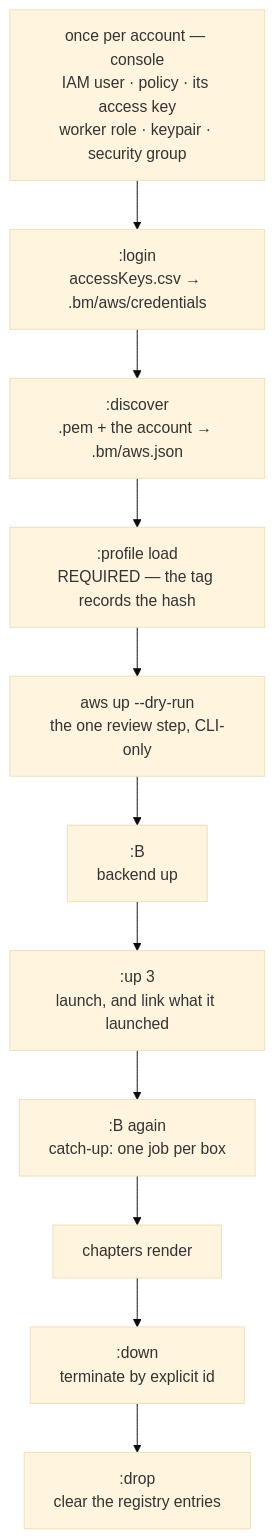
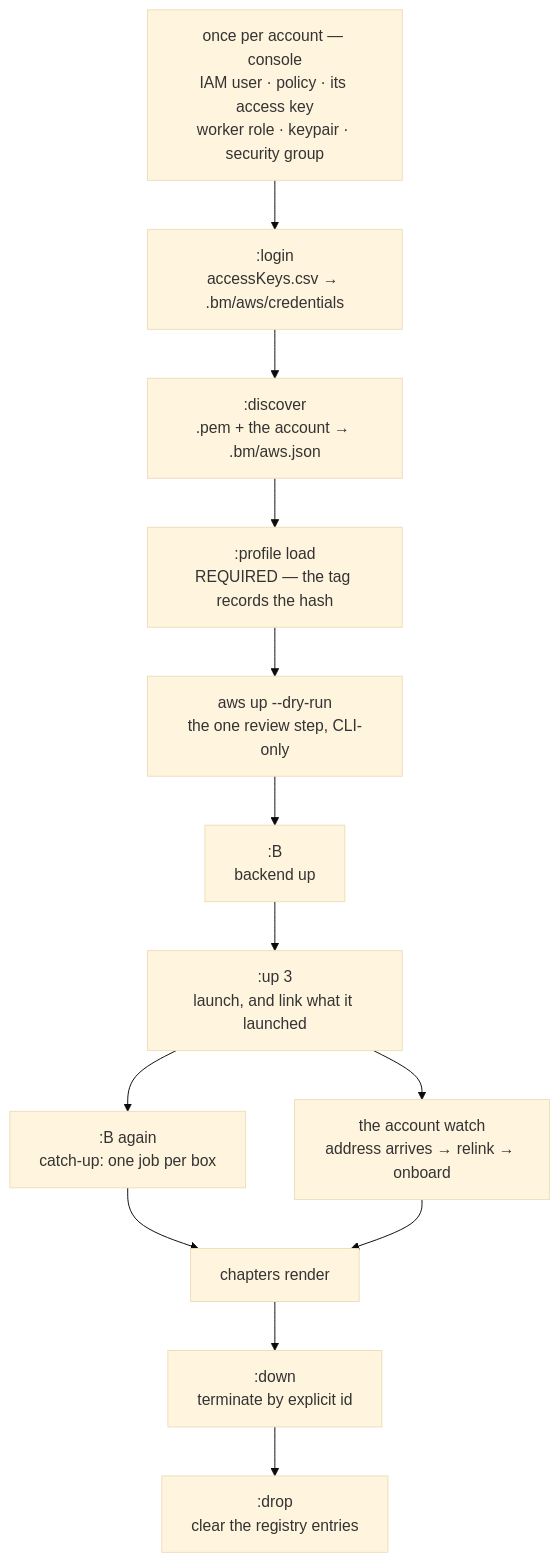
One commit to lhuthng/storycast changed the diagram in docs/AWS-WORKERS.md. Above: the diagram before and after it, drawn with Mermaid (base theme). The commit also changed other lines of this file and 17 other files, not shown here.

````diff
--- a/docs/AWS-WORKERS.md
+++ b/docs/AWS-WORKERS.md
@@ -16,13 +16,15 @@
 ```mermaid
 flowchart TB
     C["once per account — console<br/>IAM user · policy · its access key<br/>worker role · keypair · security group"] --> L[":login<br/>accessKeys.csv → .bm/aws/credentials"]
     L --> D[":discover<br/>.pem + the account → .bm/aws.json"]
     D --> P[":profile load<br/>REQUIRED — the tag records the hash"]
     P --> DRY["aws up --dry-run<br/>the one review step, CLI-only"]
     DRY --> B1[":B<br/>backend up"]
     B1 --> UP[":up 3<br/>launch, and link what it launched"]
+    UP --> WATCH["the account watch<br/>address arrives → relink → onboard"]
     UP --> B2[":B again<br/>catch-up: one job per box"]
     B2 --> RUN["chapters render"]
+    WATCH --> RUN
     RUN --> DOWN[":down<br/>terminate by explicit id"]
     DOWN --> DROP[":drop<br/>clear the registry entries"]
 ```
````
